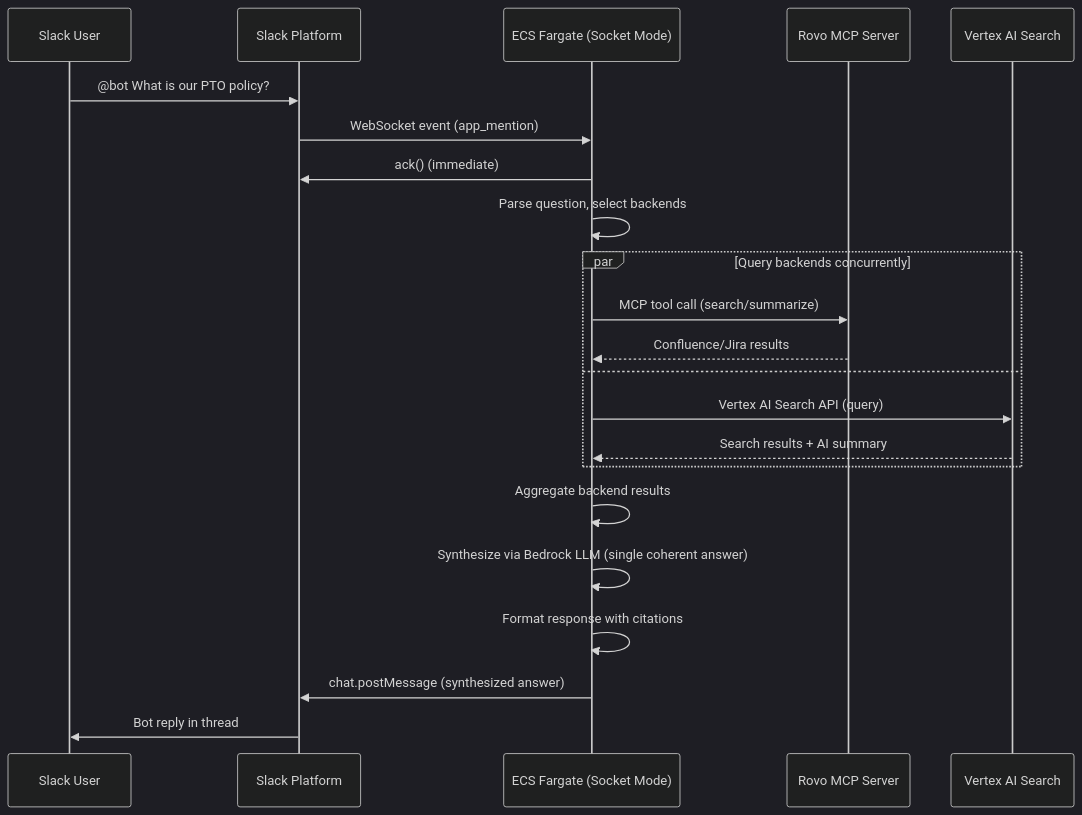
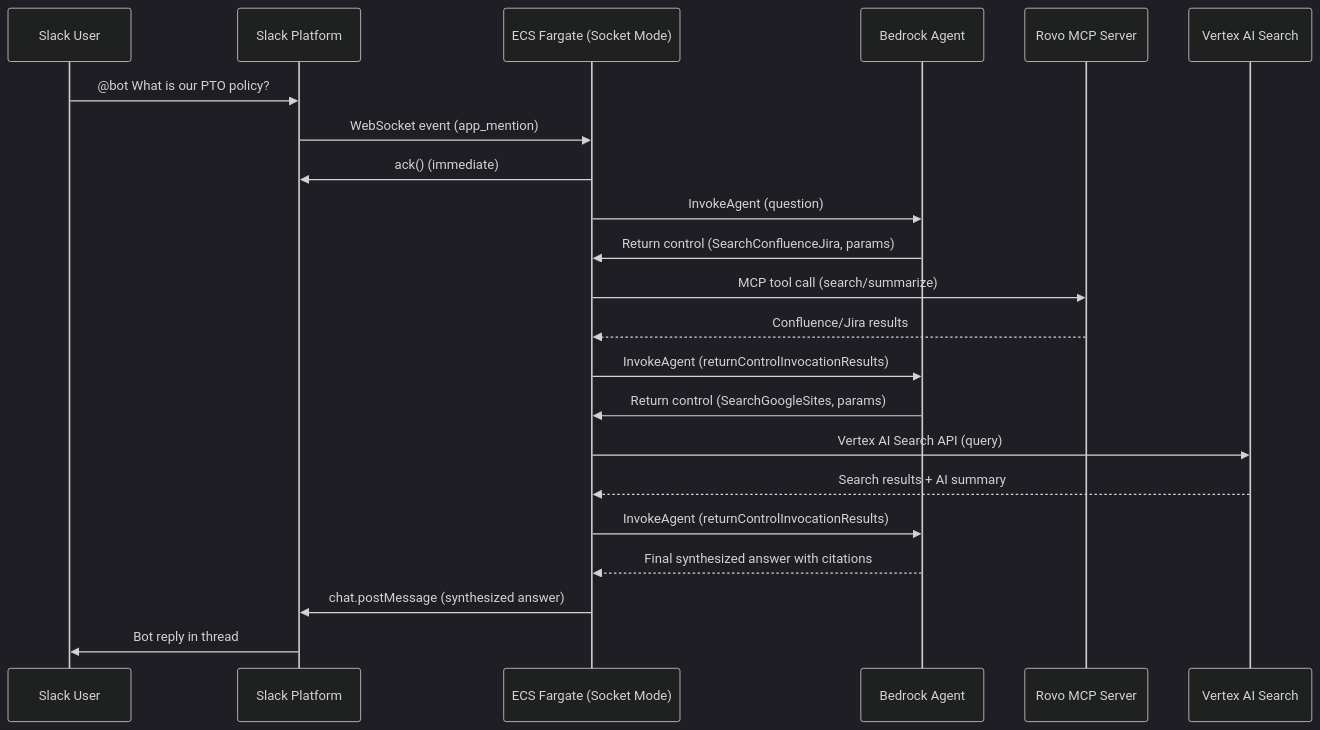
The first of 3 diagrams in .kiro/specs/slack-agent-router/design.md (Sage-Bionetworks-IT/sage-kb-chatbot), drawn with Mermaid (dark theme) before and after one commit. The commit also changed other lines of this file and 4 other files, not shown here.

````diff
--- a/.kiro/specs/slack-agent-router/design.md
+++ b/.kiro/specs/slack-agent-router/design.md
@@ -32,25 +43,25 @@
 ```mermaid
 sequenceDiagram
     participant U as Slack User
     participant S as Slack Platform
     participant ECS as ECS Fargate (Socket Mode)
+    participant BA as Bedrock Agent
     participant RV as Rovo MCP Server
     participant GS as Vertex AI Search
 
     U->>S: @bot What is our PTO policy?
     S->>ECS: WebSocket event (app_mention)
     ECS->>S: ack() (immediate)
-    ECS->>ECS: Parse question, select backends
-    par Query backends concurrently
-        ECS->>RV: MCP tool call (search/summarize)
-        RV-->>ECS: Confluence/Jira results
-    and
-        ECS->>GS: Vertex AI Search API (query)
-        GS-->>ECS: Search results + AI summary
-    end
-    ECS->>ECS: Aggregate backend results
-    ECS->>ECS: Synthesize via Bedrock LLM (single coherent answer)
-    ECS->>ECS: Format response with citations
+    ECS->>BA: InvokeAgent (question)
+    BA->>ECS: Return control (SearchConfluenceJira, params)
+    ECS->>RV: MCP tool call (search/summarize)
+    RV-->>ECS: Confluence/Jira results
+    ECS->>BA: InvokeAgent (returnControlInvocationResults)
+    BA->>ECS: Return control (SearchGoogleSites, params)
+    ECS->>GS: Vertex AI Search API (query)
+    GS-->>ECS: Search results + AI summary
+    ECS->>BA: InvokeAgent (returnControlInvocationResults)
+    BA-->>ECS: Final synthesized answer with citations
     ECS->>S: chat.postMessage (synthesized answer)
     S->>U: Bot reply in thread
 ```
````
